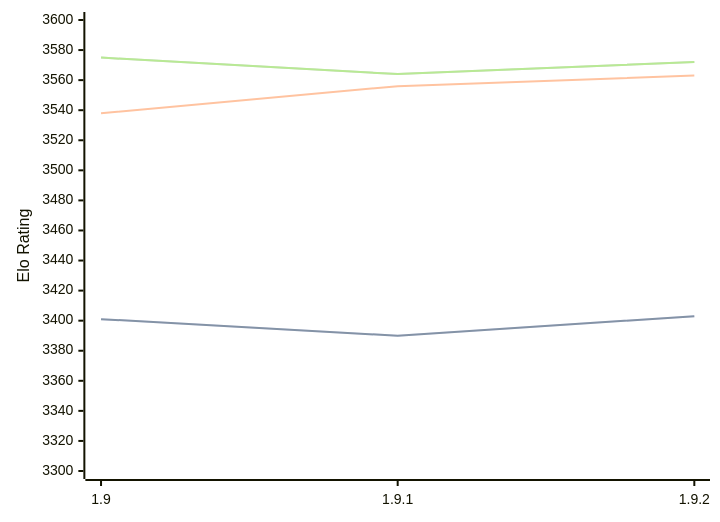
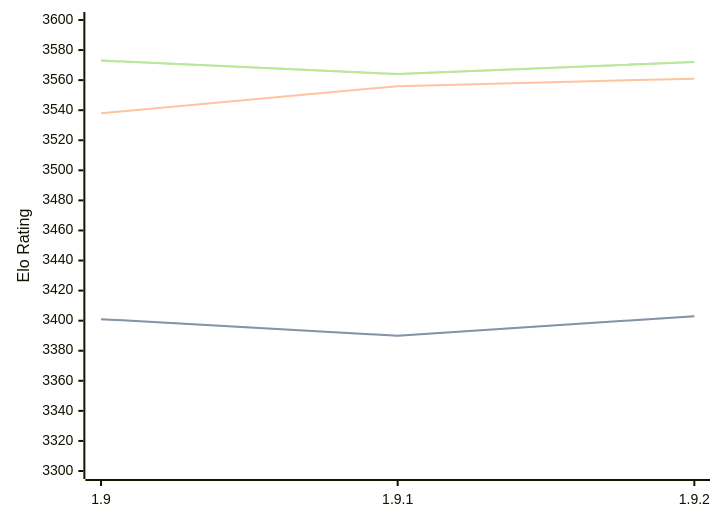
Before and after one commit to computer-chess-index/cci: the diagram in engines/Pawnocchio.md, drawn with Mermaid. The commit also changed other lines of this file, not shown here.

Commit message:
Update CCI Ratings (ELO VLTC) - 2026-04-08

````diff
--- a/engines/Pawnocchio.md
+++ b/engines/Pawnocchio.md
@@ -48,11 +48,11 @@
 ```mermaid
 %%{init: {"theme":"base","themeVariables":{"seriesColors:['#a3a3a3','#222221','#faa371']}}}%%
 xychart-beta
   x-axis ["1.9", "1.9.1", "1.9.2"]
   y-axis "Elo Rating" 3300 --> 3600
   line "STC (8.0+0.08s)" [3401, 3390, 3403]
   line "STC (8.0+0.08s)" [3401, 3390, 3403]
-  line "LTC (60.0+0.60s)" [3538, 3556, 3563]
-  line "VLTC (2m24s+1.12s)" [3575, 3564, 3572]
-  line "VLTC (2m24s+1.12s)" [3575, 3564, 3572]
+  line "LTC (60.0+0.60s)" [3538, 3556, 3561]
+  line "VLTC (2m24s+1.12s)" [3573, 3564, 3572]
+  line "VLTC (2m24s+1.12s)" [3573, 3564, 3572]
 ```
````
